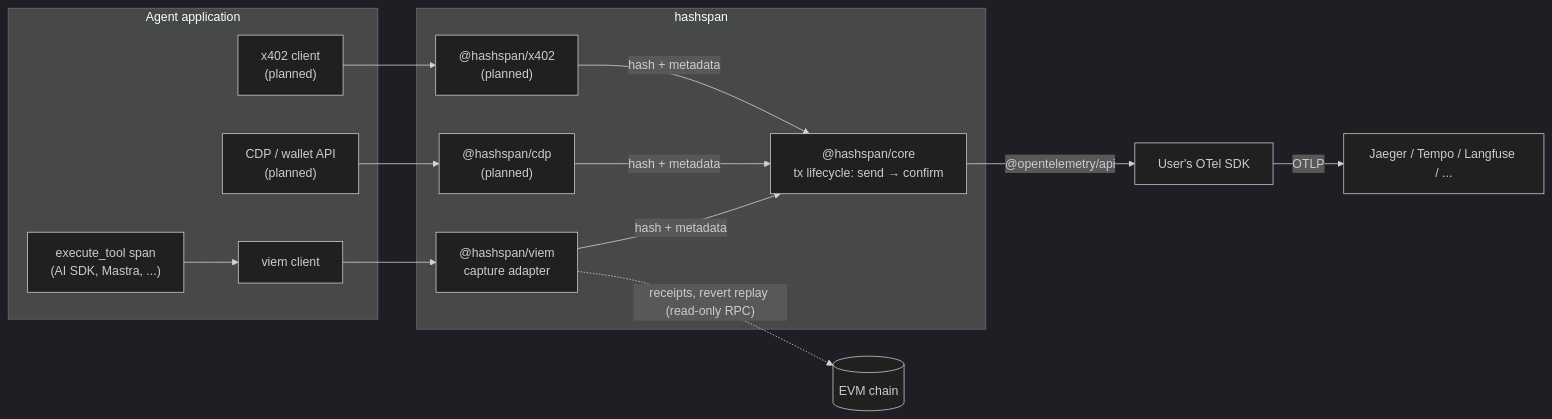
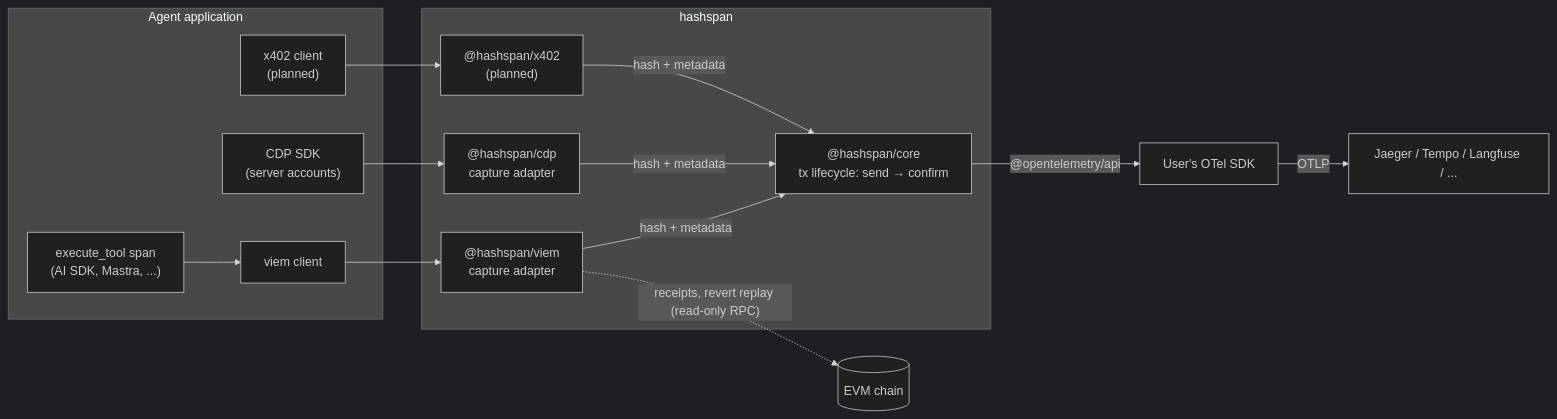
The diagram in docs/architecture.md (selimaytac/hashspan), drawn with Mermaid (dark theme) before and after one commit. The commit also changed other lines of this file and 20 other files, not shown here.

First line of the commit message:
feat(cdp): add a Coinbase CDP server account adapter (#58)

````diff
--- a/docs/architecture.md
+++ b/docs/architecture.md
@@ -3,21 +3,21 @@
 ```mermaid
 flowchart LR
   subgraph App["Agent application"]
     Tool["execute_tool span<br/>(AI SDK, Mastra, ...)"]
     Viem["viem client"]
-    CDP["CDP / wallet API<br/>(planned)"]
+    CDP["CDP SDK<br/>(server accounts)"]
     X402["x402 client<br/>(planned)"]
   end
   subgraph Lib["hashspan"]
     VA["@hashspan/viem<br/>capture adapter"]
-    CA["@hashspan/cdp<br/>(planned)"]
+    CA["@hashspan/cdp<br/>capture adapter"]
     XA["@hashspan/x402<br/>(planned)"]
     Core["@hashspan/core<br/>tx lifecycle: send → confirm"]
   end
   Tool --> Viem --> VA
   CDP --> CA
   X402 --> XA
   VA & CA & XA -- "hash + metadata" --> Core
   Core -- "@opentelemetry/api" --> SDK["User's OTel SDK"] -- OTLP --> BE["Jaeger / Tempo / Langfuse / ..."]
   VA -. "receipts, revert replay (read-only RPC)" .-> Chain[("EVM chain")]
 ```
````
